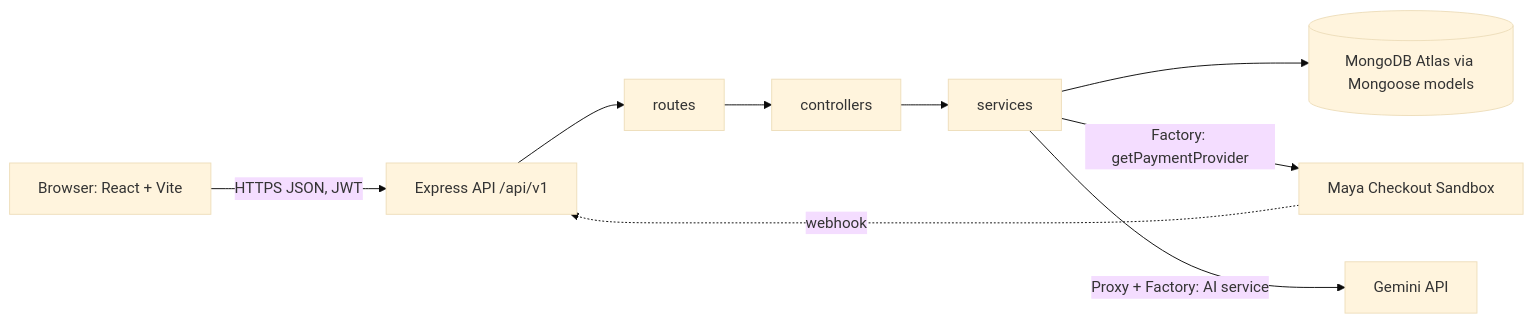
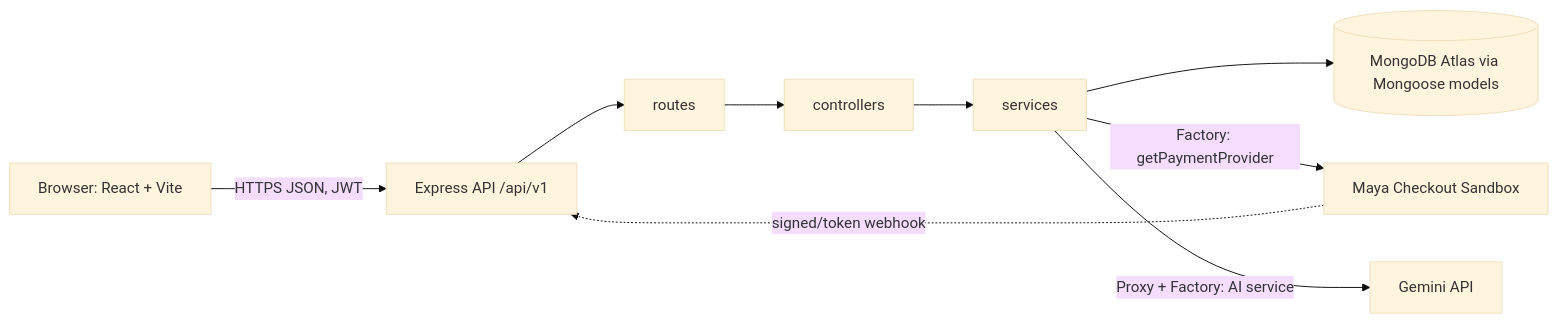
Before and after one commit to jydhan15/thrift-store: the first of 5 diagrams in docs/architecture.md, drawn with Mermaid (base theme). The commit also changed other lines of this file and 52 other files, not shown here.

````diff
--- a/docs/architecture.md
+++ b/docs/architecture.md
@@ -4,8 +4,8 @@
 ```mermaid
 flowchart LR
   B[Browser: React + Vite] -->|HTTPS JSON, JWT| API[Express API /api/v1]
   API --> R[routes] --> C[controllers] --> S[services] --> M[(MongoDB Atlas via Mongoose models)]
   S -->|Factory: getPaymentProvider| PAY[Maya Checkout Sandbox]
   S -->|Proxy + Factory: AI service| AI[Gemini API]
-  PAY -. webhook .-> API
+  PAY -. signed/token webhook .-> API
 ```
````
